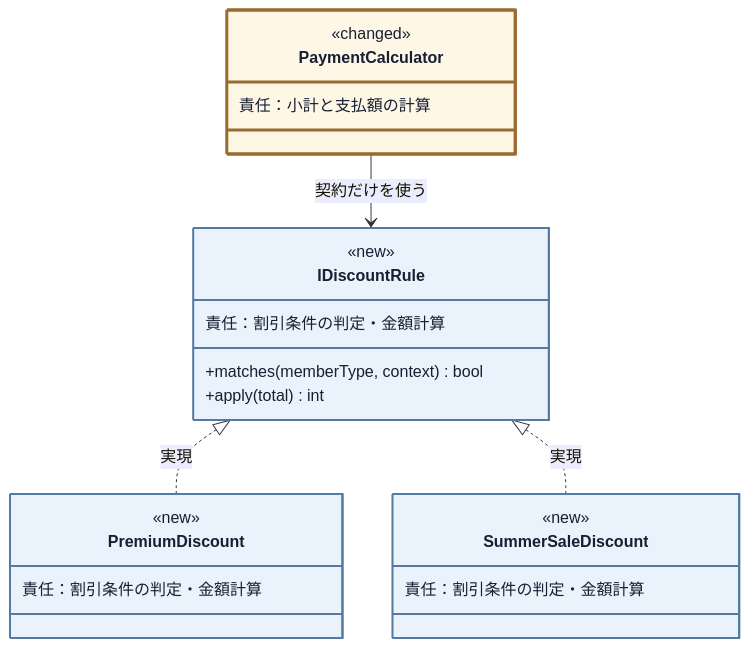
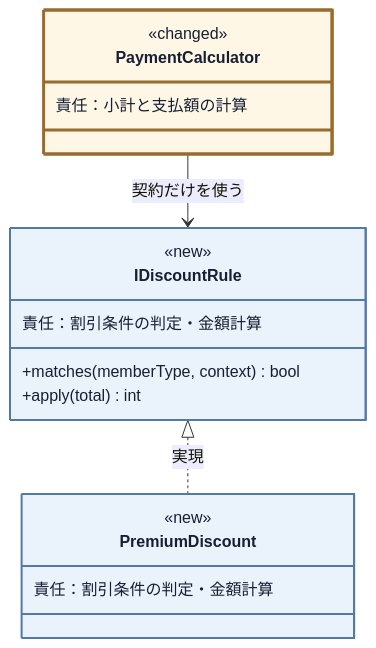
One commit to kumachan1101-pixel/DesignPattern changed the tenth of 18 diagrams in kindle/design-patterns/books/volume01-core-patterns/output/03-chapter01.md. Above: the diagram before and after it, drawn with Mermaid. The commit also changed other lines of this file and 6 other files, not shown here.

````diff
--- a/kindle/design-patterns/books/volume01-core-patterns/output/03-chapter01.md
+++ b/kindle/design-patterns/books/volume01-core-patterns/output/03-chapter01.md
@@ -1447,29 +1453,24 @@
 ```mermaid
 classDiagram
     direction TB
     class PaymentCalculator:::touched {
         <<changed>>
         責任：小計と支払額の計算
     }
     class IDiscountRule:::added {
         <<new>>
         <<interface>>
         責任：割引条件の判定・金額計算
         +matches(memberType, context) bool
         +apply(total) int
     }
     class PremiumDiscount:::added {
         <<new>>
         責任：割引条件の判定・金額計算
     }
-    class SummerSaleDiscount:::added {
-        <<new>>
-        責任：割引条件の判定・金額計算
-    }
     PaymentCalculator --> IDiscountRule : 契約だけを使う
     IDiscountRule <|.. PremiumDiscount : 実現
-    IDiscountRule <|.. SummerSaleDiscount : 実現
 
     classDef added fill:#eaf2fb,stroke:#527aa3,stroke-width:2px,color:#172033;
     classDef touched fill:#fff7e6,stroke:#9a6b2f,stroke-width:3px,color:#172033;
 ```
````
